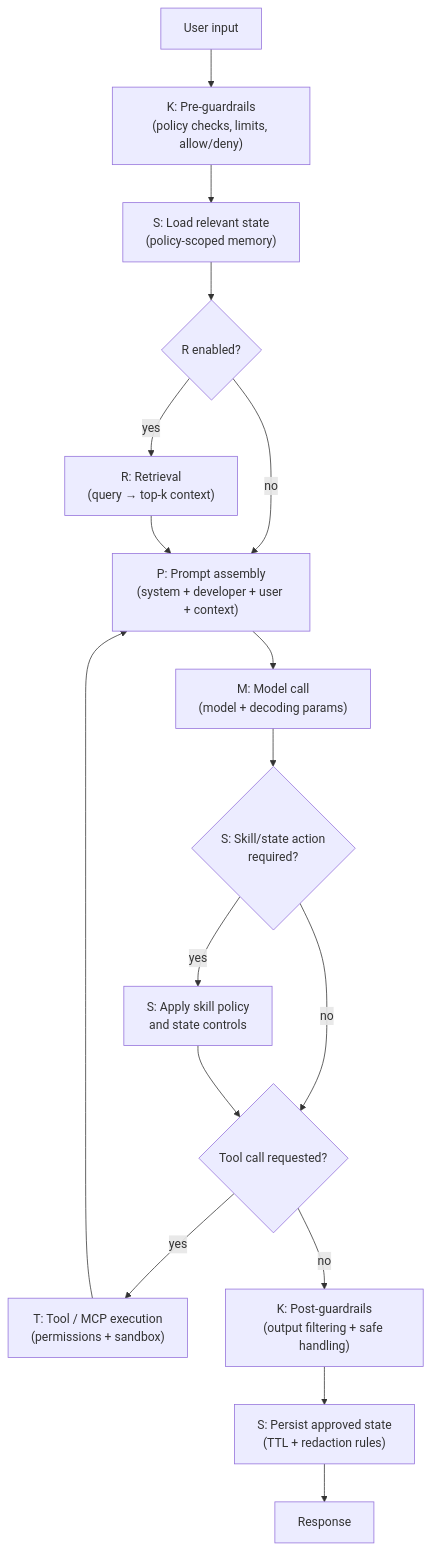
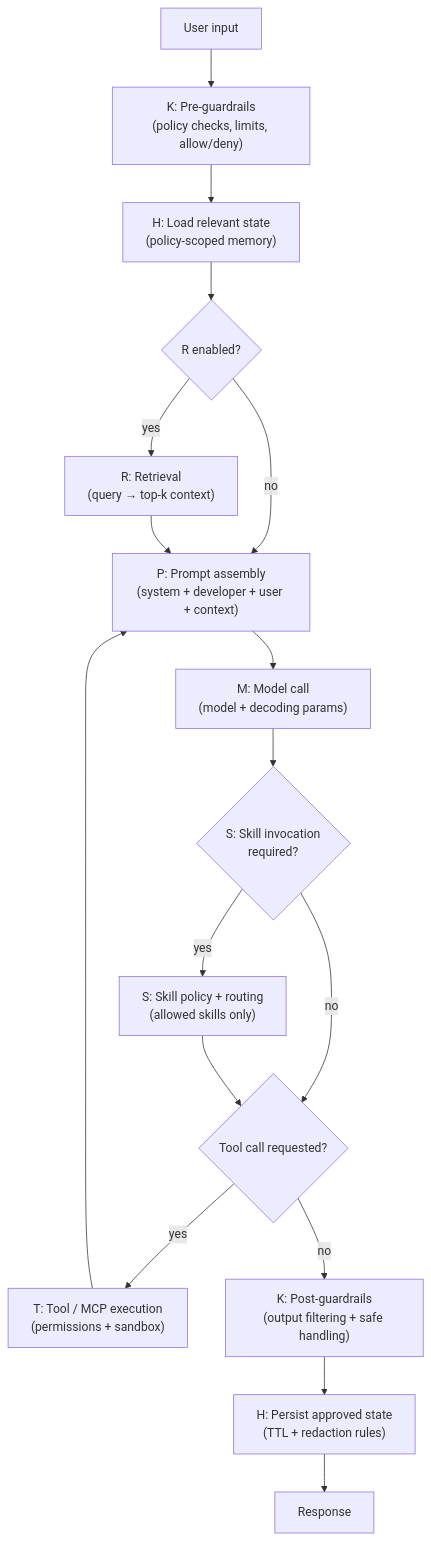
One commit to SAISec/AASU changed the second of 9 diagrams in AASU_White_Paper_Consolidated_v2_2.md. Above: the diagram before and after it, drawn with Mermaid. The commit also changed other lines of this file and 16 other files, not shown here.

Commit message:
Use H for memory/history and S for skills across PMRTK extension

````diff
--- a/AASU_White_Paper_Consolidated_v2_2.md
+++ b/AASU_White_Paper_Consolidated_v2_2.md
@@ -102,23 +106,23 @@
 ```mermaid
 flowchart TB
   IN["User input"] --> PRE["K: Pre-guardrails<br/>(policy checks, limits, allow/deny)"]
-  PRE --> SLOAD["S: Load relevant state<br/>(policy-scoped memory)"]
-  SLOAD --> RET{"R enabled?"}
+  PRE --> HLOAD["H: Load relevant state<br/>(policy-scoped memory)"]
+  HLOAD --> RET{"R enabled?"}
 
   RET -->|yes| RAG["R: Retrieval<br/>(query → top-k context)"]
   RET -->|no| ASSEMBLE["P: Prompt assembly<br/>(system + developer + user + context)"]
   RAG --> ASSEMBLE
 
   ASSEMBLE --> CALL["M: Model call<br/>(model + decoding params)"]
-  CALL --> SACT{"S: Skill/state action<br/>required?"}
-  SACT -->|yes| SPOL["S: Apply skill policy<br/>and state controls"]
-  SACT -->|no| TOOL{"Tool call requested?"}
+  CALL --> SKILL{"S: Skill invocation<br/>required?"}
+  SKILL -->|yes| SPOL["S: Skill policy + routing<br/>(allowed skills only)"]
+  SKILL -->|no| TOOL{"Tool call requested?"}
   SPOL --> TOOL
 
   TOOL -->|yes| EXEC["T: Tool / MCP execution<br/>(permissions + sandbox)"]
   EXEC --> ASSEMBLE
 
   TOOL -->|no| POST["K: Post-guardrails<br/>(output filtering + safe handling)"]
-  POST --> SSAVE["S: Persist approved state<br/>(TTL + redaction rules)"]
-  SSAVE --> OUT["Response"]
+  POST --> HSAVE["H: Persist approved state<br/>(TTL + redaction rules)"]
+  HSAVE --> OUT["Response"]
 ```
````
